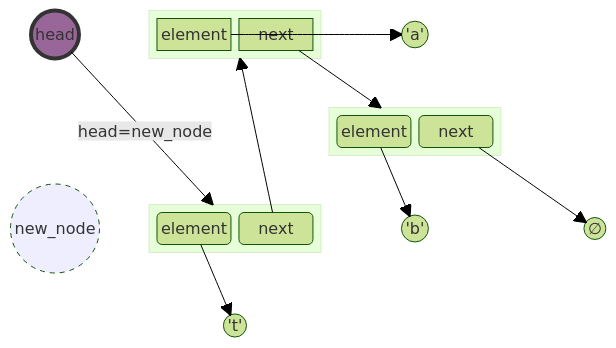
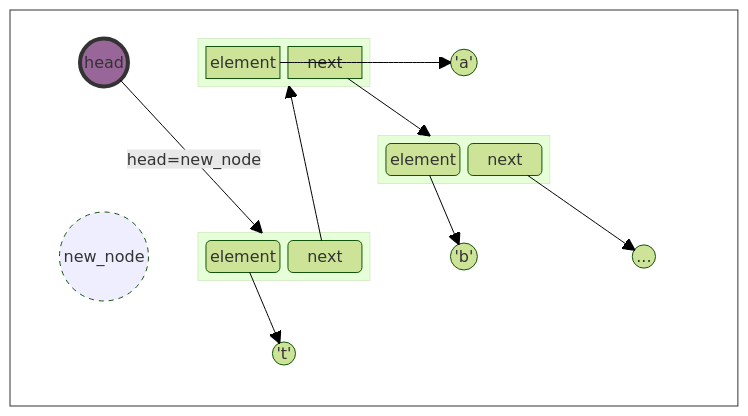
Before and after one commit to ruslylove/datastruct: the fourth of 12 diagrams in lectures/lect-3-Singly-Linked-List.md, drawn with Mermaid (forest theme). The commit also changed other lines of this file and 1 other file, not shown here.

Commit message:
update linked list diagram

````diff
--- a/lectures/lect-3-Singly-Linked-List.md
+++ b/lectures/lect-3-Singly-Linked-List.md
@@ -259,56 +268,62 @@
 ```mermaid
 
 
 block-beta
+
+    block:border
 
     columns 4
 
     head
     
 
     block:node1
         element
         next
     end
 
      A(("'a'"))
     space
     space
     head
    
     
    space
 
     block:node2
         element2("element")
         next2("next")
     end
 
     space
     nn(("new_node"))
     block:newnode
         elementnewnode("element")
         nextnewnode("next")
     end
 
     B(("'b'"))
 
     
     null
     space
     T(("'t'"))
+
+    end
     
 
     next --> node2
-    next2 --> null(("∅"))
+    next2 --> null(("..."))
     head(("head")) -- "head=new_node" --> newnode
     element --> A
     element2 --> B
     nextnewnode --> node1
     elementnewnode --> T
 
     style nn stroke-dasharray: 5 5,fill:#eef
     style head fill:#969,stroke:#333,stroke-width:4px
     %%style newnode fill:#77f
 
+    style border fill:#fff,stroke:#333
+
 ```
````
